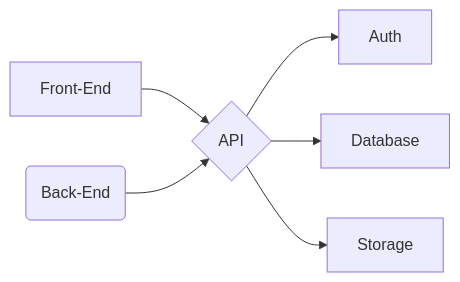
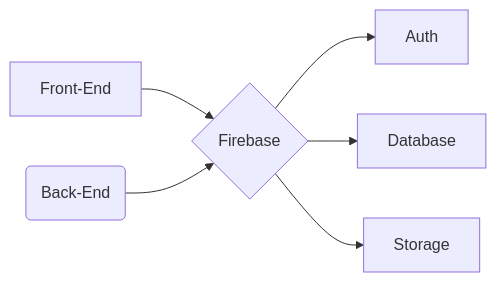
Before and after one commit to SauloCandeira/pattern-firebase: the diagram in readme.md, drawn with Mermaid.

````diff
--- a/readme.md
+++ b/readme.md
@@ -13,8 +13,8 @@
 ```mermaid
 flowchart LR
-A[Front-End] --> C{API}
-B(Back-End) --> C{API}
+A[Front-End] --> C{Firebase}
+B(Back-End) --> C{Firebase}
 C --> D[Auth]
 C --> E[Database]
 C --> F[Storage]
 ```
````
